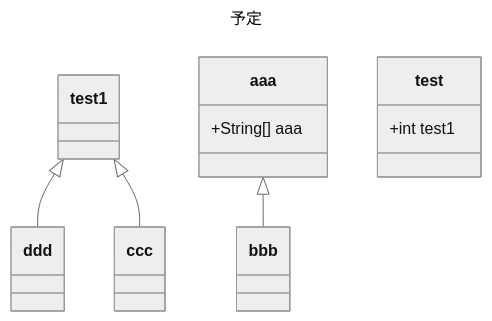
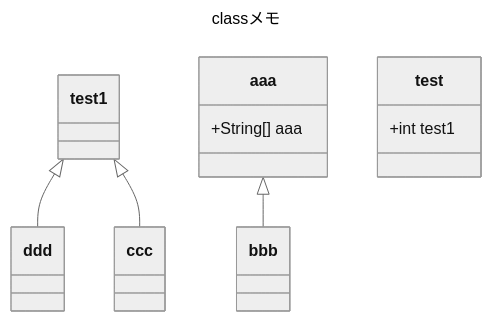
Before and after one commit to kerachino/percentateruun: the diagram in README.md, drawn with Mermaid (neutral theme).

Commit message:
edit mermaid

````diff
--- a/README.md
+++ b/README.md
@@ -3,16 +3,16 @@
 ```mermaid
 ---
-title: 予定
+title: classメモ
 ---
 classDiagram
     test1 <|-- ddd
     test1 <|-- ccc
     aaa <|-- bbb
 
     class test{
         +int test1
     }
     class aaa{
         +String[] aaa
     }
 ```
````
